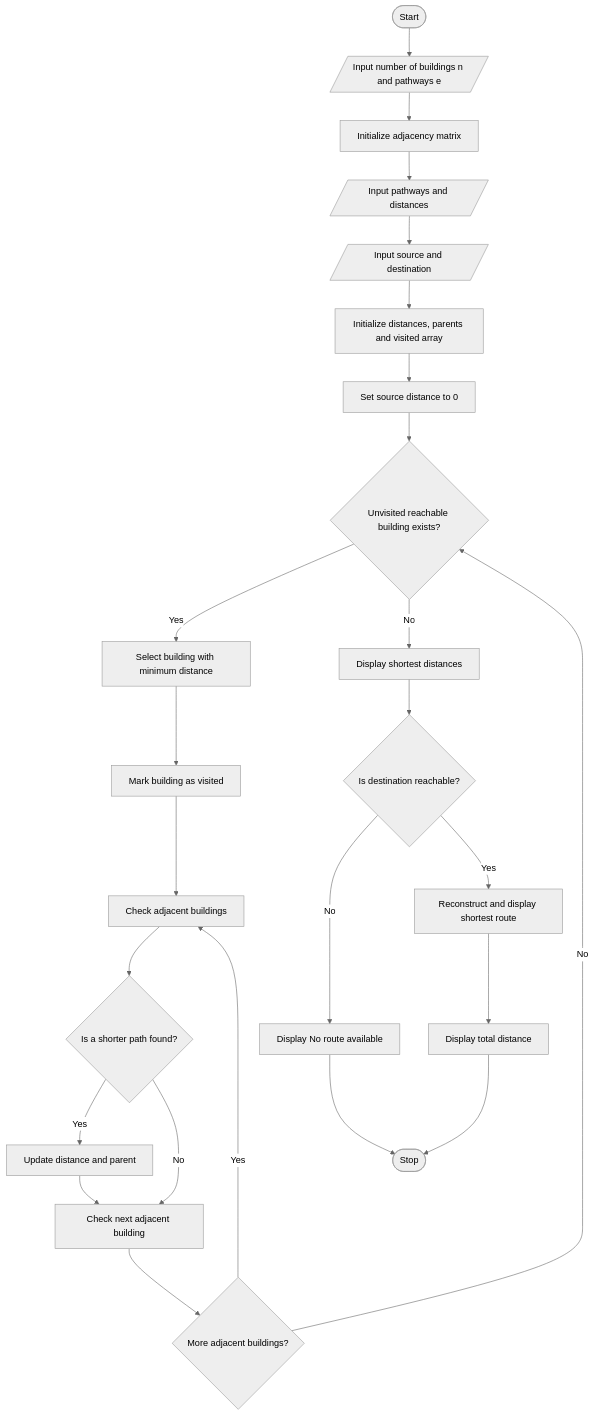
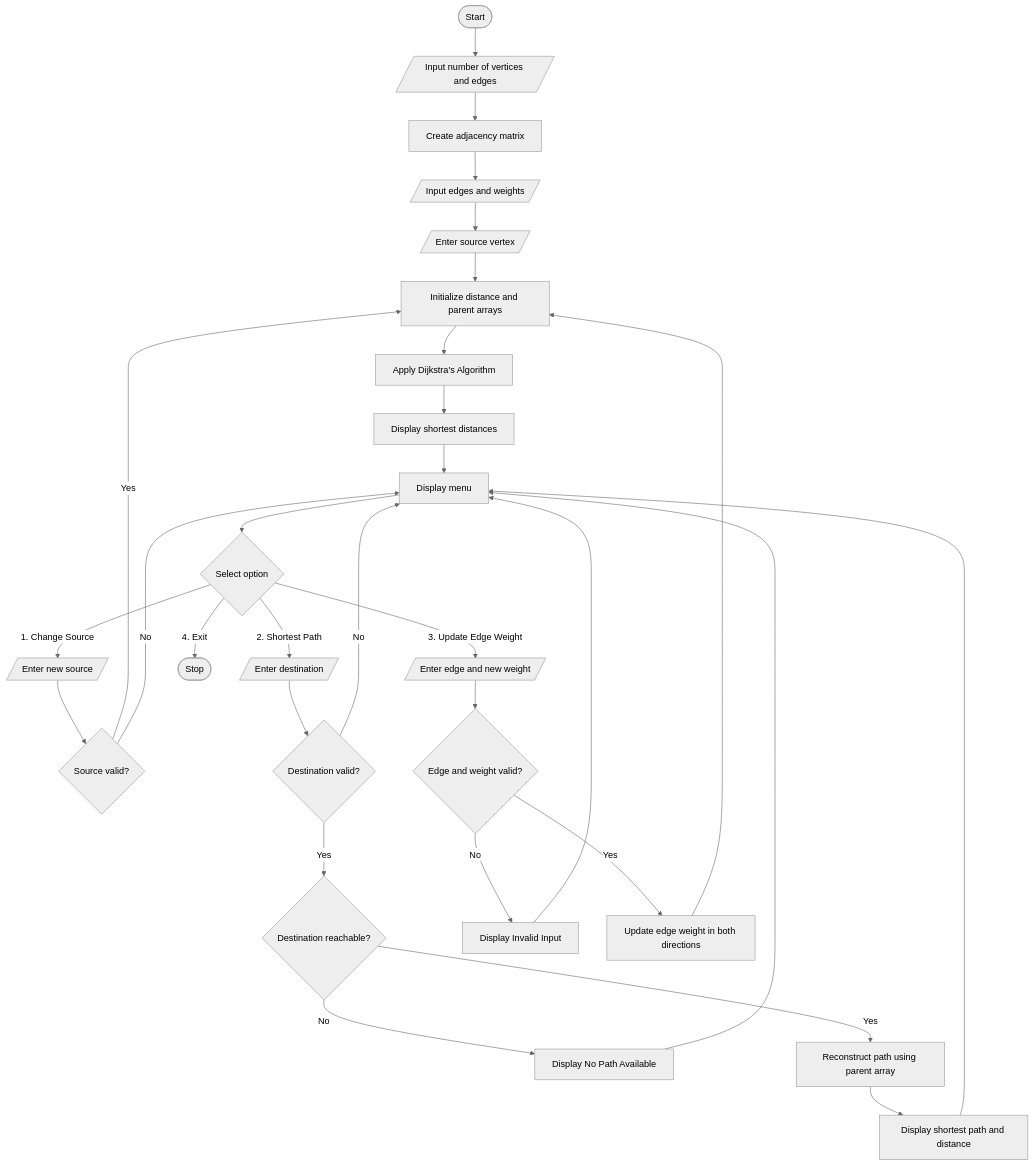
The diagram in Project 3 Graph/Modified/Flowchart.md (sayalijogdand0409-oss/DSA-project-in-cpp), drawn with Mermaid (neutral theme) before and after one commit. The commit also changed other lines of this file, not shown here.

Commit message:
Update flowchart for modified Dijkstra's algorithm

````diff
--- a/Project 3 Graph/Modified/Flowchart.md
+++ b/Project 3 Graph/Modified/Flowchart.md
@@ -3,27 +3,36 @@
 ```mermaid
 flowchart TD
-    A([Start]) --> B[/Input number of buildings n and pathways e/]
-    B --> C[Initialize adjacency matrix]
-    C --> D[/Input pathways and distances/]
-    D --> E[/Input source and destination/]
-    E --> F[Initialize distances, parents and visited array]
-    F --> G[Set source distance to 0]
-    G --> H{Unvisited reachable building exists?}
-    H -- Yes --> I[Select building with minimum distance]
-    I --> J[Mark building as visited]
-    J --> K[Check adjacent buildings]
-    K --> L{Is a shorter path found?}
-    L -- Yes --> M[Update distance and parent]
-    L -- No --> N[Check next adjacent building]
-    M --> N
-    N --> O{More adjacent buildings?}
-    O -- Yes --> K
-    O -- No --> H
-    H -- No --> P[Display shortest distances]
-    P --> Q{Is destination reachable?}
-    Q -- No --> R[Display No route available]
-    Q -- Yes --> S[Reconstruct and display shortest route]
-    S --> T[Display total distance]
-    R --> U([Stop])
-    T --> U
+    A([Start]) --> B[/Input number of vertices and edges/]
+    B --> C[Create adjacency matrix]
+    C --> D[/Input edges and weights/]
+    D --> E[/Enter source vertex/]
+    E --> F[Initialize distance and parent arrays]
+    F --> G[Apply Dijkstra's Algorithm]
+    G --> H[Display shortest distances]
+    H --> I[Display menu]
+    I --> J{Select option}
+
+    J -->|1. Change Source| K[/Enter new source/]
+    K --> L{Source valid?}
+    L -->|Yes| F
+    L -->|No| I
+
+    J -->|2. Shortest Path| M[/Enter destination/]
+    M --> N{Destination valid?}
+    N -->|No| I
+    N -->|Yes| O{Destination reachable?}
+    O -->|No| P[Display No Path Available]
+    O -->|Yes| Q[Reconstruct path using parent array]
+    Q --> R[Display shortest path and distance]
+    P --> I
+    R --> I
+
+    J -->|3. Update Edge Weight| S[/Enter edge and new weight/]
+    S --> T{Edge and weight valid?}
+    T -->|No| U[Display Invalid Input]
+    U --> I
+    T -->|Yes| V[Update edge weight in both directions]
+    V --> F
+
+    J -->|4. Exit| W([Stop])
 ```
````
